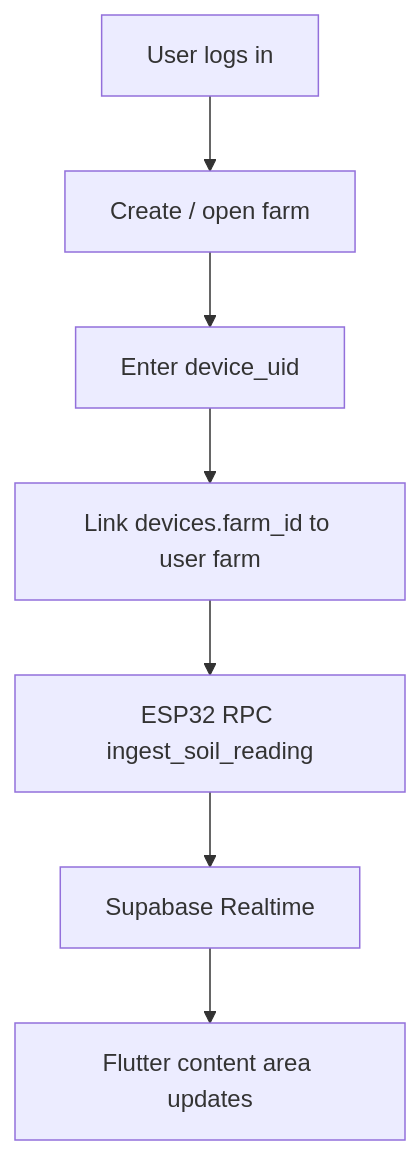
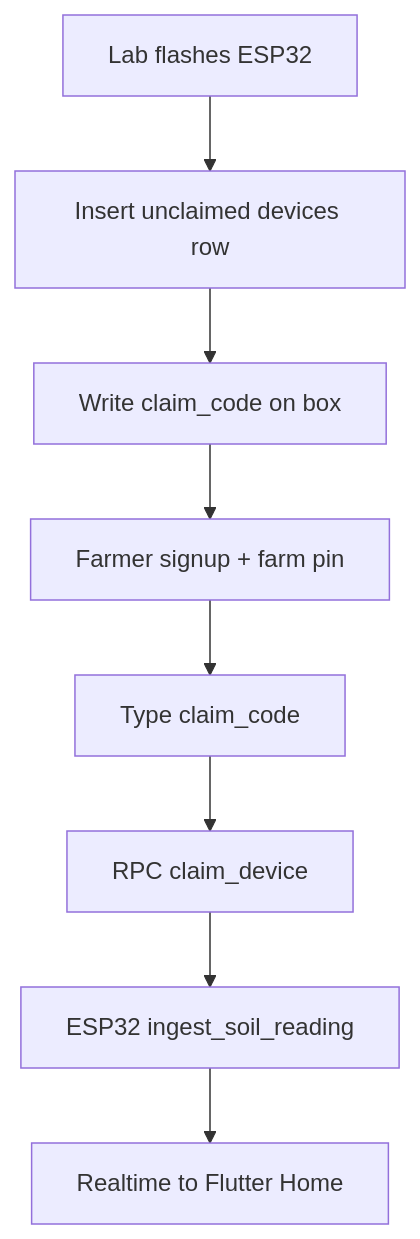
Before and after one commit to markjoelalcaraz/SoilGood: the second of 2 diagrams in docs/context/DATA_MODEL.md, drawn with Mermaid. The commit also changed other lines of this file and 313 other files, not shown here.

Commit message:
Record the working SoilGood system so device builds match the current app, including farm setup, soil fit, irrigation plans, and account recovery.

````diff
--- a/docs/context/DATA_MODEL.md
+++ b/docs/context/DATA_MODEL.md
@@ -134,9 +158,10 @@
 ```mermaid
 flowchart TD
-  A[User logs in] --> B[Create / open farm]
-  B --> C[Enter device_uid]
-  C --> D[Link devices.farm_id to user farm]
-  D --> E[ESP32 RPC ingest_soil_reading]
-  E --> F[Supabase Realtime]
-  F --> G[Flutter content area updates]
+  A[Lab flashes ESP32] --> B[Insert unclaimed devices row]
+  B --> C[Write claim_code on box]
+  C --> D[Farmer signup + farm pin]
+  D --> E[Type claim_code]
+  E --> F[RPC claim_device]
+  F --> G[ESP32 ingest_soil_reading]
+  G --> H[Realtime to Flutter Home]
 ```
````
